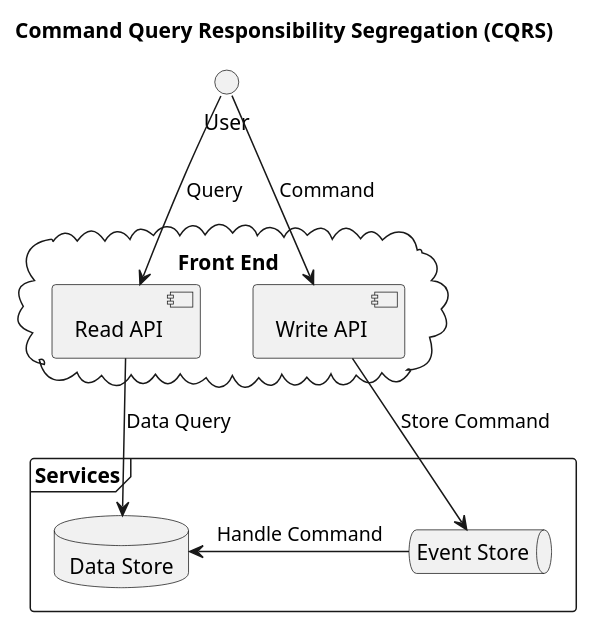
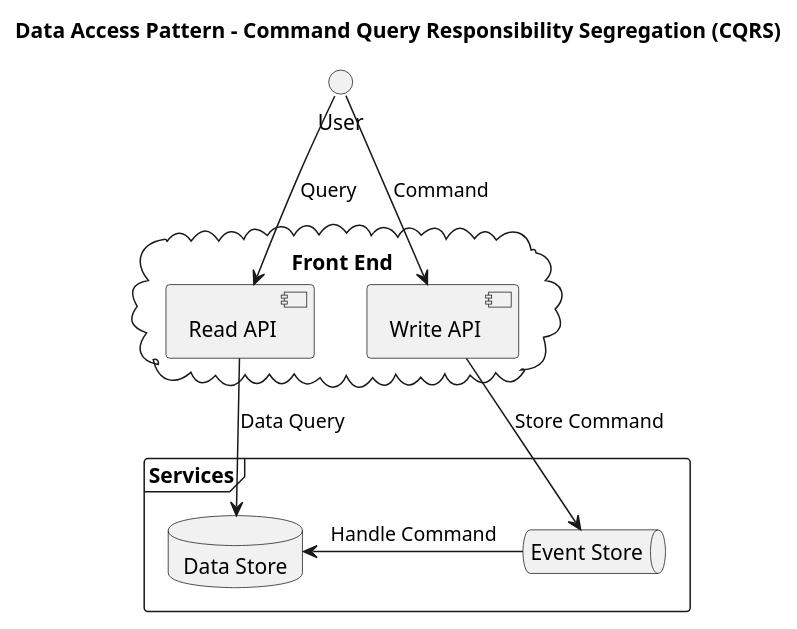
One commit to mwwhited-notes/shared changed the second of 2 diagrams in ArchitecturePatterns/DataAccessPatterns.md. Above: the diagram before and after it, drawn with PlantUML. The commit also changed other lines of this file and 7 other files, not shown here.

Commit message:
update architectural patterns and add creational patterns

````diff
--- a/ArchitecturePatterns/DataAccessPatterns.md
+++ b/ArchitecturePatterns/DataAccessPatterns.md
@@ -30,20 +30,20 @@
 ```plantuml
-title: Command Query Responsibility Segregation (CQRS) 
+title: Data Access Pattern - Command Query Responsibility Segregation (CQRS) 
 
 ()User
 cloud "Front End"{
     [Read API] as Read
     [Write API] as Write
 }
 frame Services {
     database "Data Store" as Storage
     queue "Event Store" as Queue
 }
 
 User --> Read : Query
 User --> Write : Command
 
 Read --> Storage : Data Query
 Write --> Queue : Store Command
 Queue -> Storage : Handle Command
 ```
````
